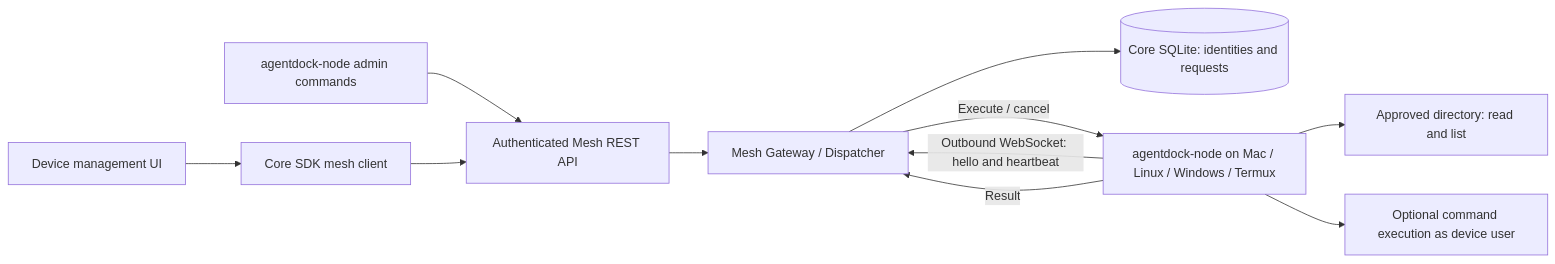
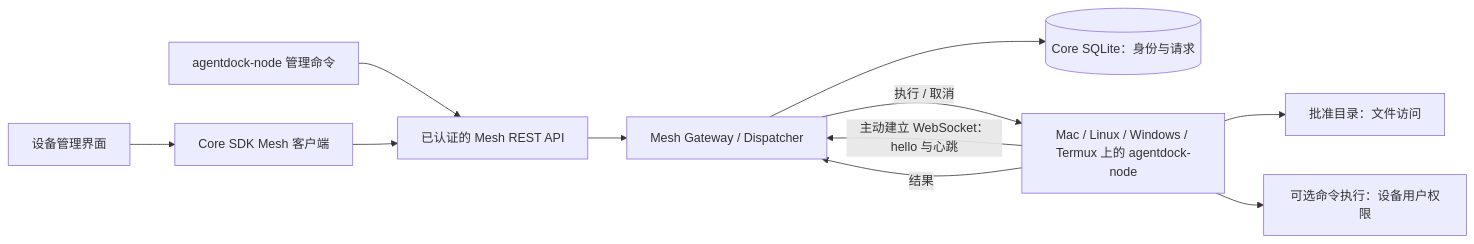
One commit to helloimcx/agentdock changed the diagram in docs/architecture/mesh.md. Above: the diagram before and after it, drawn with Mermaid. The commit also changed other lines of this file and 55 other files, not shown here.

````diff
--- a/docs/architecture/mesh.md
+++ b/docs/architecture/mesh.md
@@ -5,13 +5,13 @@
 ```mermaid
 flowchart LR
-  ui[Device management UI] --> sdk[Core SDK mesh client]
-  cli[agentdock-node admin commands] --> api[Authenticated Mesh REST API]
+  ui[设备管理界面] --> sdk[Core SDK Mesh 客户端]
+  cli[agentdock-node 管理命令] --> api[已认证的 Mesh REST API]
   sdk --> api
   api --> gateway[Mesh Gateway / Dispatcher]
-  gateway --> db[(Core SQLite: identities and requests)]
-  node[agentdock-node on Mac / Linux / Windows / Termux] -->|Outbound WebSocket: hello and heartbeat| gateway
-  gateway -->|Execute / cancel| node
-  node -->|Result| gateway
-  node --> files[Approved directory: read and list]
-  node --> shell[Optional command execution as device user]
+  gateway --> db[(Core SQLite：身份与请求)]
+  node[Mac / Linux / Windows / Termux 上的 agentdock-node] -->|主动建立 WebSocket：hello 与心跳| gateway
+  gateway -->|执行 / 取消| node
+  node -->|结果| gateway
+  node --> files[批准目录：文件访问]
+  node --> shell[可选命令执行：设备用户权限]
 ```
````
